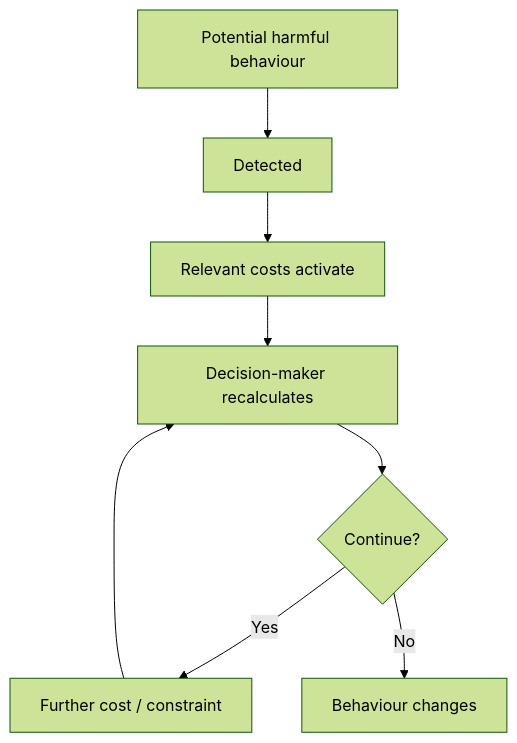
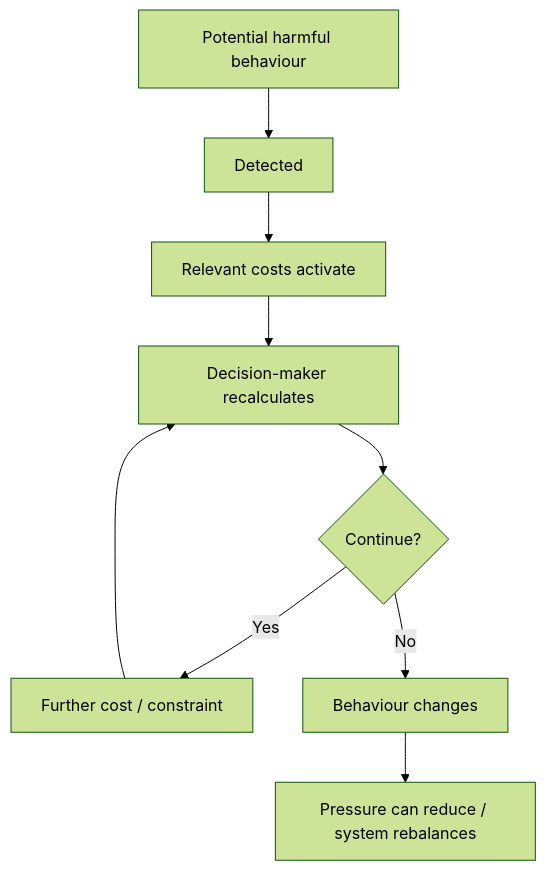
One commit to josefsbreakfast/Polaris-Protocol changed diagram 13 of 14 in 🌕_5_Long_Strategies/💸_Business_Is_Tooling/💸_making_harm_too_expensive_to_continue.md. Above: the diagram before and after it, drawn with Mermaid (forest theme). The commit also changed other lines of this file, not shown here.

````diff
--- a/🌕_5_Long_Strategies/💸_Business_Is_Tooling/💸_making_harm_too_expensive_to_continue.md
+++ b/🌕_5_Long_Strategies/💸_Business_Is_Tooling/💸_making_harm_too_expensive_to_continue.md
@@ -824,14 +700,15 @@
 ```mermaid
 flowchart TD
     A[Potential harmful behaviour]
     --> B[Detected]
     --> C[Relevant costs activate]
     --> D[Decision-maker recalculates]
 
     D --> E{Continue?}
 
     E -->|Yes| F[Further cost / constraint]
     F --> D
 
     E -->|No| G[Behaviour changes]
+    G --> H[Pressure can reduce / system rebalances]
 ```
````
